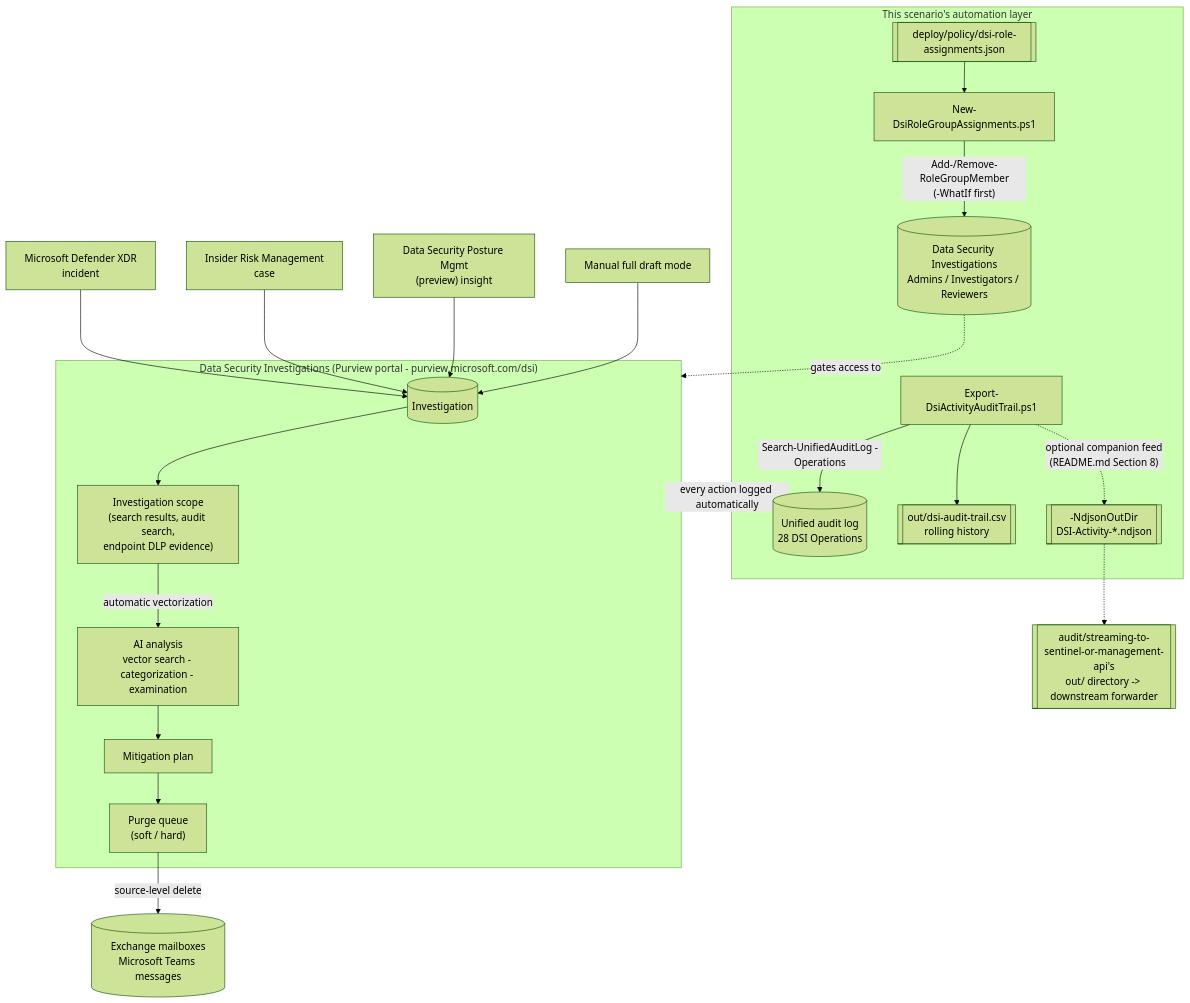
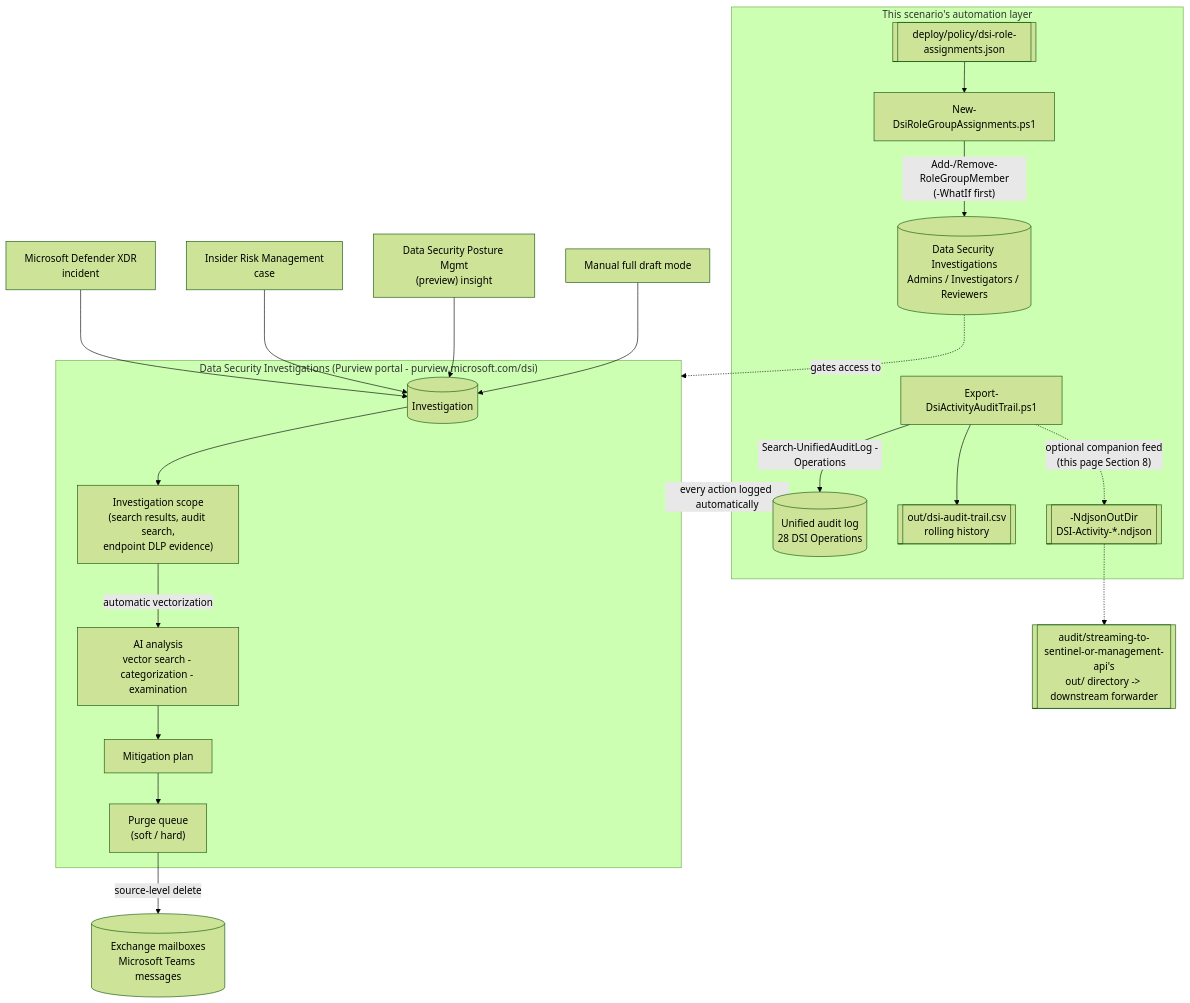
One commit to kpsec1/kpsec1.github.io changed the diagram in src/content/scenarios/data-security-investigations/post-breach-investigation-and-purge.md. Above: the diagram before and after it, drawn with Mermaid (forest theme). The commit also changed 269 other files, not shown here.

````diff
--- a/src/content/scenarios/data-security-investigations/post-breach-investigation-and-purge.md
+++ b/src/content/scenarios/data-security-investigations/post-breach-investigation-and-purge.md
@@ -42,46 +42,46 @@
 ```mermaid
 flowchart TD
     XDR["Microsoft Defender XDR<br/>incident"]
     IRM["Insider Risk Management<br/>case"]
     DSPM["Data Security Posture Mgmt<br/>(preview) insight"]
     Manual["Manual full draft mode"]
 
     subgraph DSI["Data Security Investigations (Purview portal - purview.microsoft.com/dsi)"]
         Inv[("Investigation")]
         Scope["Investigation scope<br/>(search results, audit search,<br/>endpoint DLP evidence)"]
         AI["AI analysis<br/>vector search - categorization - examination"]
         Mit["Mitigation plan"]
         Purge["Purge queue<br/>(soft / hard)"]
     end
 
     XDR --> Inv
     IRM --> Inv
     DSPM --> Inv
     Manual --> Inv
     Inv --> Scope
     Scope -->|"automatic vectorization"| AI
     AI --> Mit
     Mit --> Purge
     Purge -->|"source-level delete"| Src[("Exchange mailboxes<br/>Microsoft Teams messages")]
 
     subgraph Gov["This scenario's automation layer"]
         Cfg[["deploy/policy/dsi-role-assignments.json"]]
         RB["New-DsiRoleGroupAssignments.ps1"]
         RoleGroups[("Data Security Investigations<br/>Admins / Investigators / Reviewers")]
         Audit["Export-DsiActivityAuditTrail.ps1"]
         UAL[("Unified audit log<br/>28 DSI Operations")]
         CSV[["out/dsi-audit-trail.csv<br/>rolling history"]]
         NDJSON[["-NdjsonOutDir<br/>DSI-Activity-*.ndjson"]]
     end
 
     SiemOut[["audit/streaming-to-sentinel-or-management-api's<br/>out/ directory -> downstream forwarder"]]
 
     Cfg --> RB
     RB -->|"Add-/Remove-RoleGroupMember<br/>(-WhatIf first)"| RoleGroups
     RoleGroups -.->|"gates access to"| DSI
     DSI -->|"every action logged automatically"| UAL
     Audit -->|"Search-UnifiedAuditLog -Operations"| UAL
     Audit --> CSV
-    Audit -.->|"optional companion feed<br/>(README.md Section 8)"| NDJSON
+    Audit -.->|"optional companion feed<br/>(this page Section 8)"| NDJSON
     NDJSON -.-> SiemOut
 ```
````
